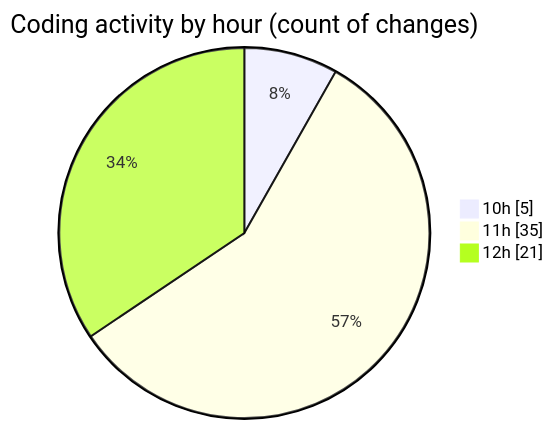
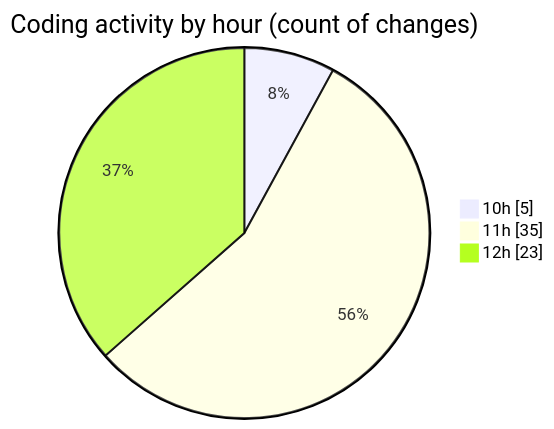
Before and after one commit to nxtqubesakshisongat/code-tracking: the second of 2 diagrams in 2025-09-23/nxtqube_webapp/README.md, drawn with Mermaid. The commit also changed other lines of this file and 1 other file, not shown here.

````diff
--- a/2025-09-23/nxtqube_webapp/README.md
+++ b/2025-09-23/nxtqube_webapp/README.md
@@ -32,7 +32,7 @@
 ```mermaid
 pie showData
 title Coding activity by hour (count of changes)
 "10h" : 5
 "11h" : 35
-"12h" : 21
+"12h" : 23
 ```
````
